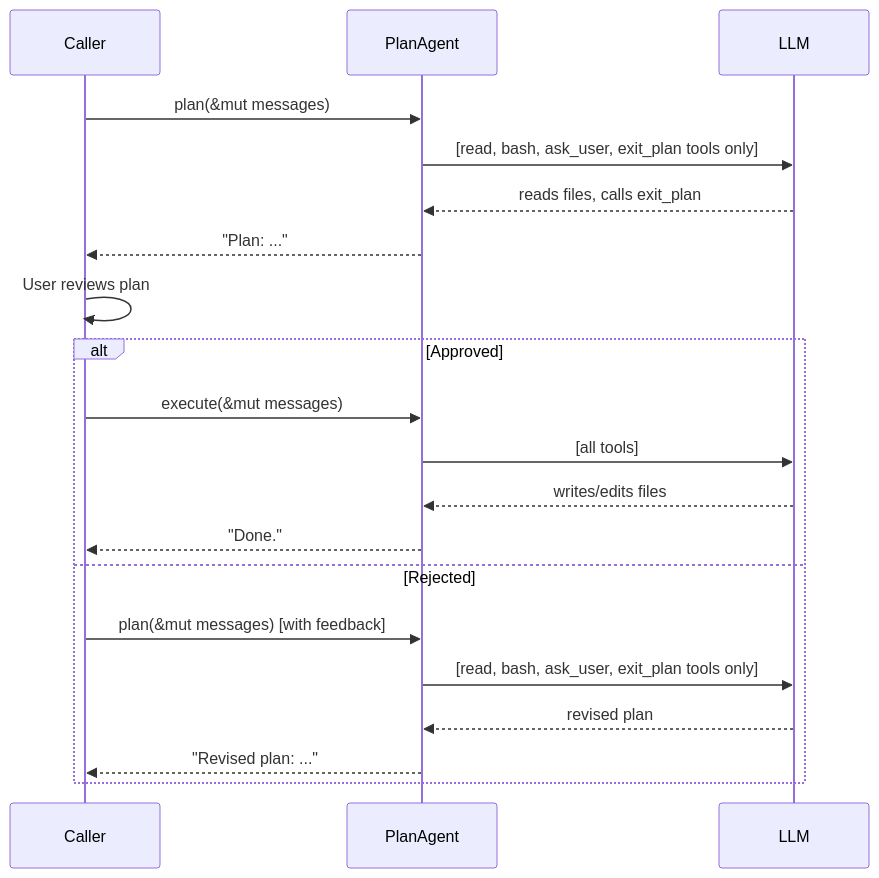
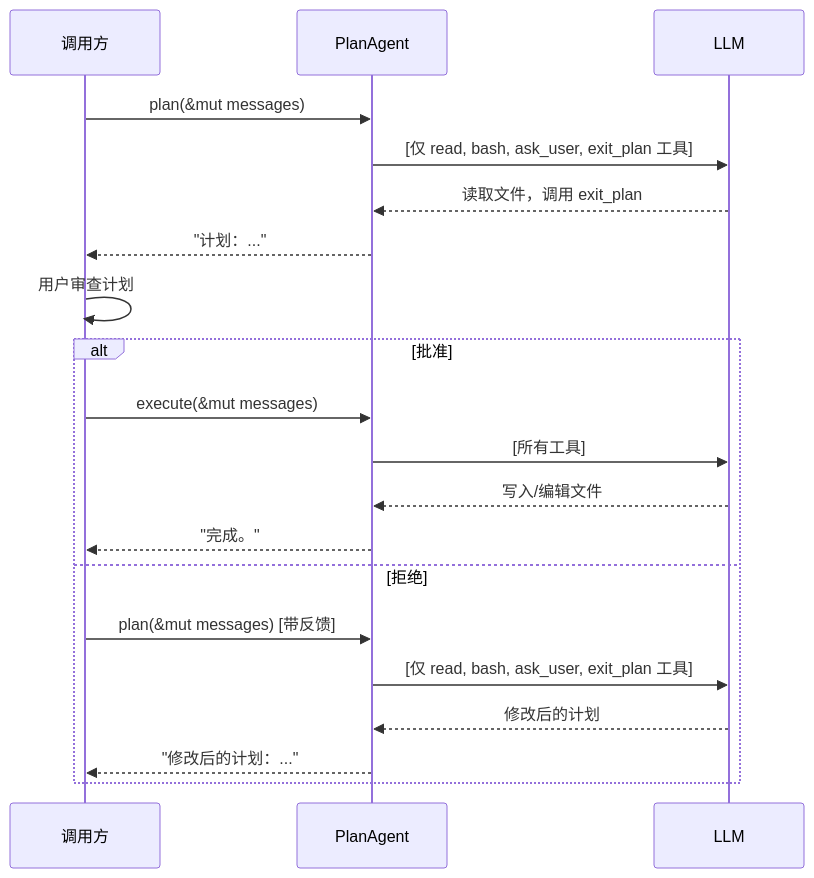
Before and after one commit to odysa/mini-code: the diagram in mini-claw-code-book/zh/ch12-plan-mode.md, drawn with Mermaid. The commit also changed other lines of this file and 16 other files, not shown here.

````diff
--- a/mini-claw-code-book/zh/ch12-plan-mode.md
+++ b/mini-claw-code-book/zh/ch12-plan-mode.md
@@ -359,25 +317,25 @@
 ```mermaid
 sequenceDiagram
-    participant C as Caller
+    participant C as 调用方
     participant P as PlanAgent
     participant L as LLM
 
     C->>P: plan(&mut messages)
-    P->>L: [read, bash, ask_user, exit_plan tools only]
-    L-->>P: reads files, calls exit_plan
-    P-->>C: "Plan: ..."
+    P->>L: [仅 read, bash, ask_user, exit_plan 工具]
+    L-->>P: 读取文件，调用 exit_plan
+    P-->>C: "计划：..."
 
-    C->>C: User reviews plan
+    C->>C: 用户审查计划
 
-    alt Approved
+    alt 批准
         C->>P: execute(&mut messages)
-        P->>L: [all tools]
-        L-->>P: writes/edits files
-        P-->>C: "Done."
-    else Rejected
-        C->>P: plan(&mut messages) [with feedback]
-        P->>L: [read, bash, ask_user, exit_plan tools only]
-        L-->>P: revised plan
-        P-->>C: "Revised plan: ..."
+        P->>L: [所有工具]
+        L-->>P: 写入/编辑文件
+        P-->>C: "完成。"
+    else 拒绝
+        C->>P: plan(&mut messages) [带反馈]
+        P->>L: [仅 read, bash, ask_user, exit_plan 工具]
+        L-->>P: 修改后的计划
+        P-->>C: "修改后的计划：..."
     end
 ```
````
